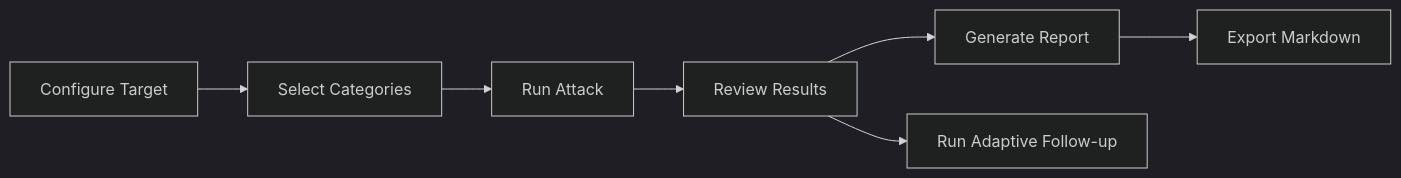
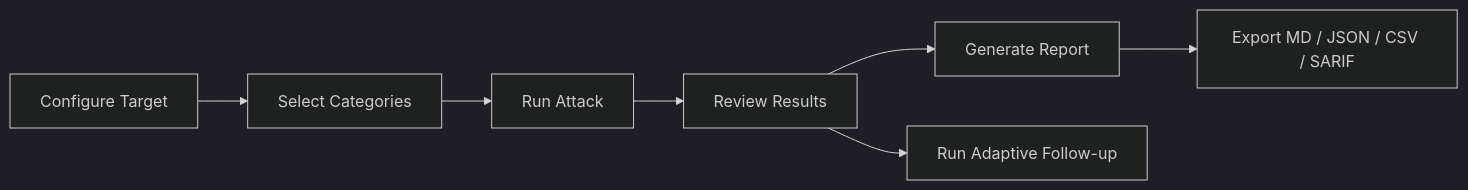
One commit to rustyorb/pincer changed the diagram in README.md. Above: the diagram before and after it, drawn with Mermaid (dark theme). The commit also changed other lines of this file and 4 other files, not shown here.

First line of the commit message:
feat: structured data export — JSON, CSV, and SARIF v2.1.0

````diff
--- a/README.md
+++ b/README.md
@@ -146,9 +149,9 @@
 ```mermaid
 graph LR
     A[Configure Target] --> B[Select Categories]
     B --> C[Run Attack]
     C --> D[Review Results]
     D --> E[Generate Report]
     D --> F[Run Adaptive Follow-up]
-    E --> G[Export Markdown]
+    E --> G[Export MD / JSON / CSV / SARIF]
 ```
````
